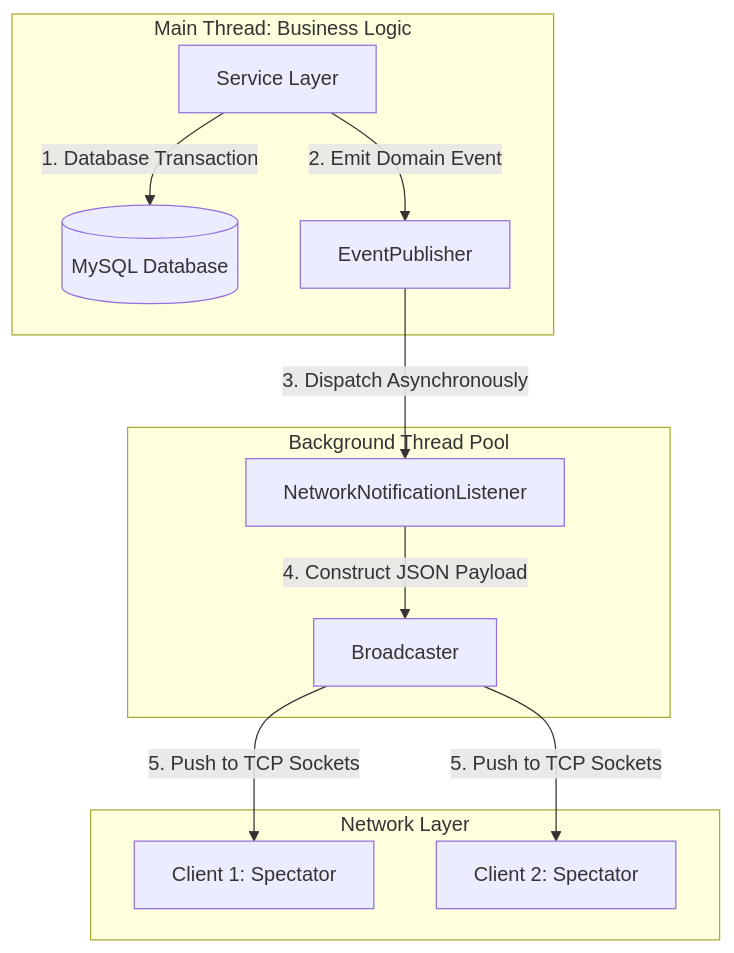
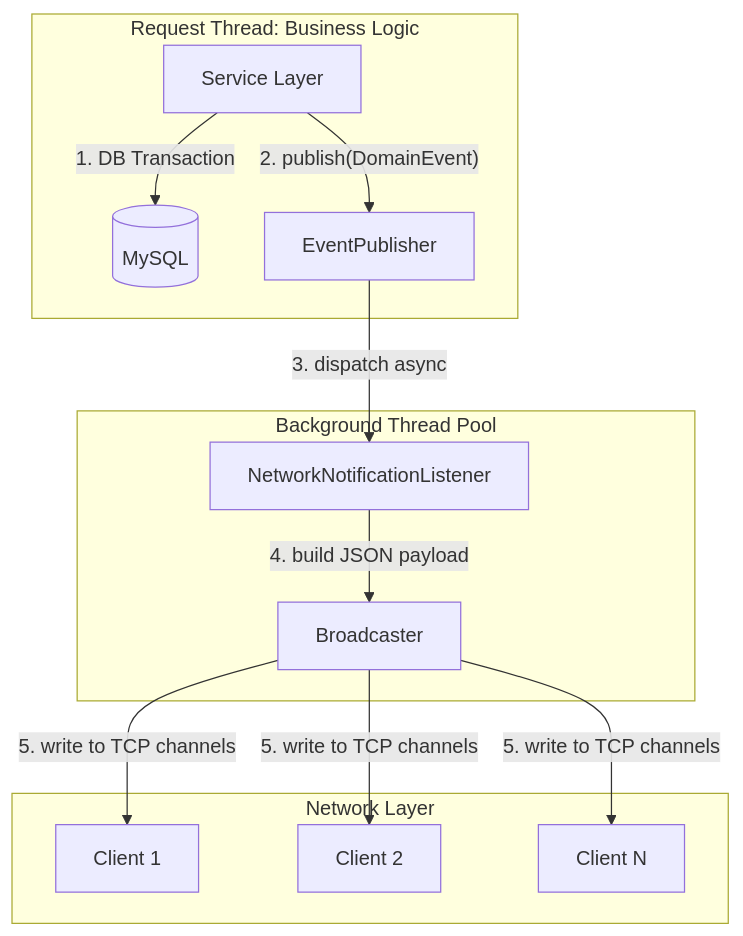
One commit to haidang9107/Bidding changed the second of 3 diagrams in docs/SystemOverview.md. Above: the diagram before and after it, drawn with Mermaid. The commit also changed other lines of this file and 12 other files, not shown here.

````diff
--- a/docs/SystemOverview.md
+++ b/docs/SystemOverview.md
@@ -45,17 +53,18 @@
 ```mermaid
 graph TD
-    subgraph "Main Thread: Business Logic"
-        S[Service Layer] -- "1. Database Transaction" --> DB[(MySQL Database)]
-        S -- "2. Emit Domain Event" --> EP[EventPublisher]
+    subgraph "Request Thread: Business Logic"
+        SVC[Service Layer] -- "1. DB Transaction" --> DB[(MySQL)]
+        SVC -- "2. publish(DomainEvent)" --> EP[EventPublisher]
     end
 
     subgraph "Background Thread Pool"
-        EP -- "3. Dispatch Asynchronously" --> NNL[NetworkNotificationListener]
-        NNL -- "4. Construct JSON Payload" --> B[Broadcaster]
+        EP -- "3. dispatch async" --> NNL[NetworkNotificationListener]
+        NNL -- "4. build JSON payload" --> BR[Broadcaster]
     end
 
     subgraph "Network Layer"
-        B -- "5. Push to TCP Sockets" --> C1[Client 1: Spectator]
-        B -- "5. Push to TCP Sockets" --> C2[Client 2: Spectator]
+        BR -- "5. write to TCP channels" --> C1[Client 1]
+        BR -- "5. write to TCP channels" --> C2[Client 2]
+        BR -- "5. write to TCP channels" --> CN[Client N]
     end
 ```
````
